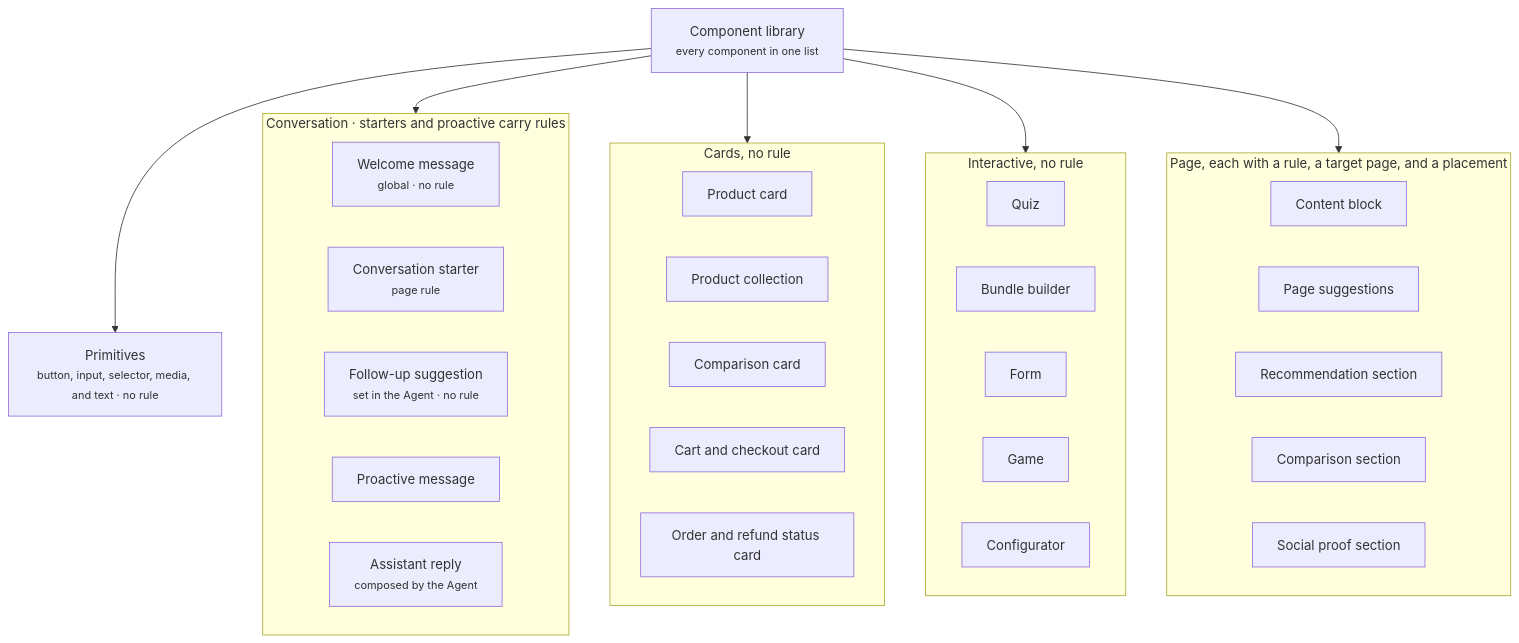
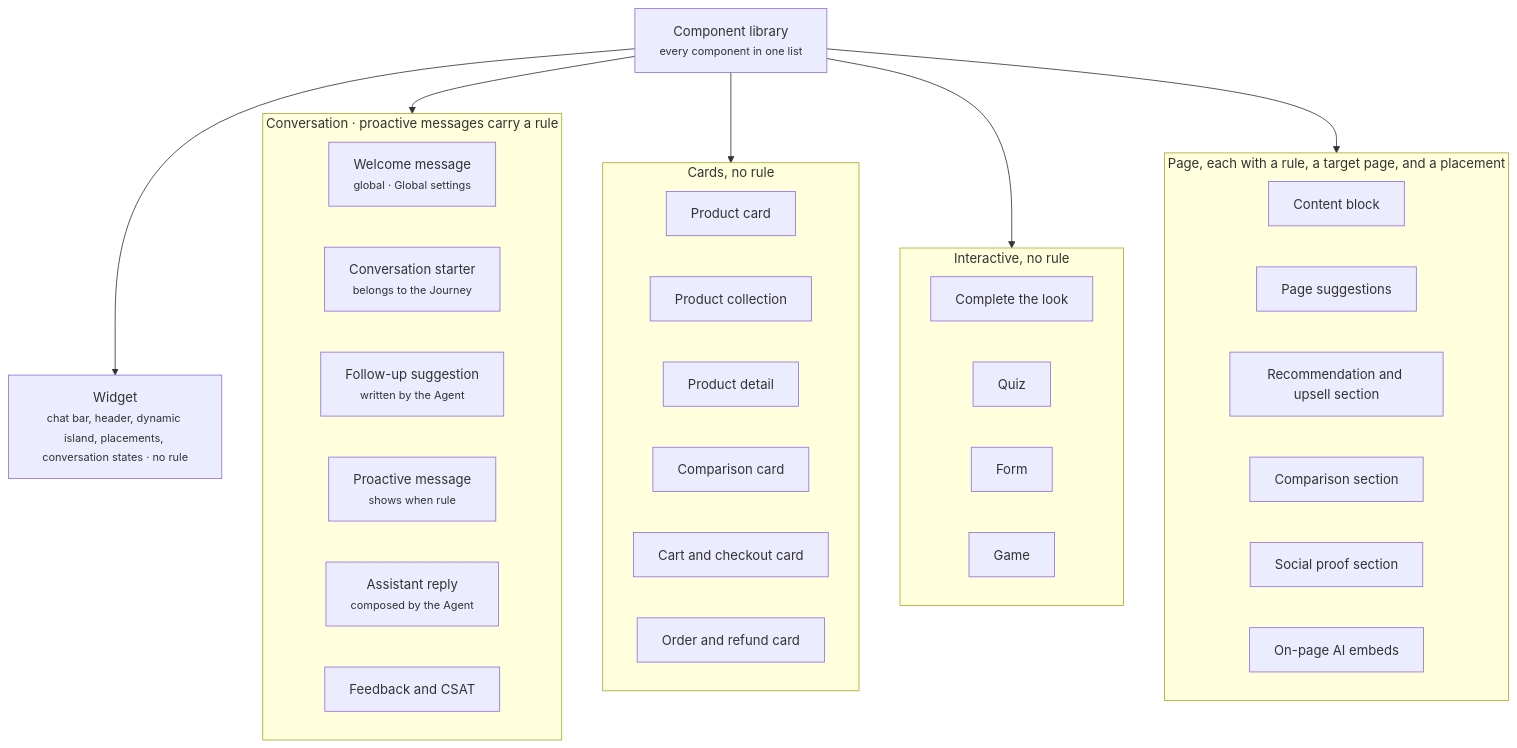
One commit to crossword-ai/docs changed the diagram in components/overview.mdx. Above: the diagram before and after it, drawn with Mermaid. The commit also changed other lines of this file and 89 other files, not shown here.

First line of the commit message:
docs: restructure around the Journey and Agent board, add screenshots

````diff
--- a/components/overview.mdx
+++ b/components/overview.mdx
@@ -12,37 +12,39 @@
 ```mermaid
 flowchart TB
   LIB["Component library<br/><small>every component in one list</small>"]
+  LIB --> WID["Widget<br/><small>chat bar, header, dynamic island, placements, conversation states · no rule</small>"]
   LIB --> CONV
   LIB --> CARDS
   LIB --> INT
   LIB --> PAGE
-  LIB --> PRIM["Primitives<br/><small>button, input, selector, media, and text · no rule</small>"]
-  subgraph CONV["Conversation · starters and proactive carry rules"]
-    WM["Welcome message<br/><small>global · no rule</small>"]
-    CS["Conversation starter<br/><small>page rule</small>"]
-    FU["Follow-up suggestion<br/><small>set in the Agent · no rule</small>"]
-    PM["Proactive message"]
+  subgraph CONV["Conversation · proactive messages carry a rule"]
+    WM["Welcome message<br/><small>global · Global settings</small>"]
+    CS["Conversation starter<br/><small>belongs to the Journey</small>"]
+    FU["Follow-up suggestion<br/><small>written by the Agent</small>"]
+    PM["Proactive message<br/><small>shows when rule</small>"]
     AR["Assistant reply<br/><small>composed by the Agent</small>"]
+    FB["Feedback and CSAT"]
   end
   subgraph CARDS["Cards, no rule"]
     PC["Product card"]
     PCOL["Product collection"]
+    PSUM["Product detail"]
     CC["Comparison card"]
     CART["Cart and checkout card"]
-    ORD["Order and refund status card"]
+    ORD["Order and refund card"]
   end
   subgraph INT["Interactive, no rule"]
+    CTL["Complete the look"]
     QZ["Quiz"]
-    BB["Bundle builder"]
     FM["Form"]
     GM["Game"]
-    CF["Configurator"]
   end
   subgraph PAGE["Page, each with a rule, a target page, and a placement"]
     CB["Content block"]
     PS["Page suggestions"]
-    RS["Recommendation section"]
+    RS["Recommendation and upsell section"]
     CMP["Comparison section"]
     SP["Social proof section"]
+    EMB["On-page AI embeds"]
   end
 ```
````
